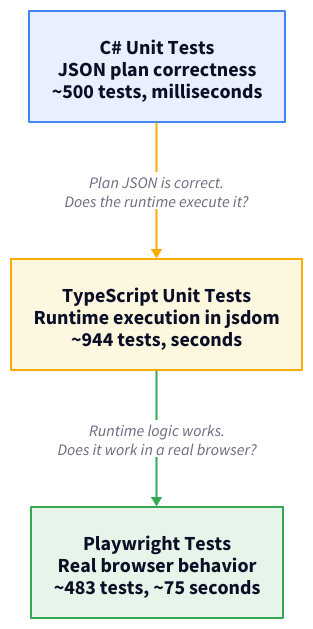
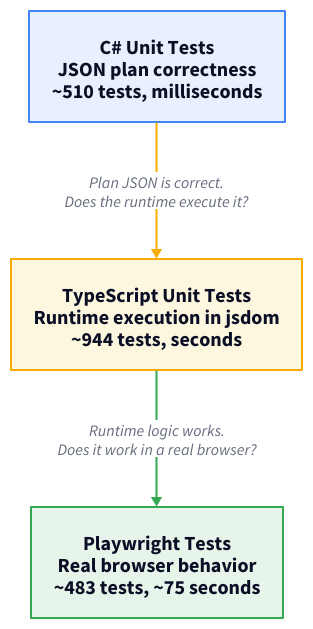
The diagram in docs-site/src/content/docs/testing/strategy.mdx (marafiq/alis-reactive), drawn with D2 before and after one commit. The commit also changed other lines of this file and 24 other files, not shown here.

````diff
--- a/docs-site/src/content/docs/testing/strategy.mdx
+++ b/docs-site/src/content/docs/testing/strategy.mdx
@@ -10,33 +10,33 @@
 ```d2
 direction: down
 
-layer1: "C# Unit Tests\nJSON plan correctness\n~500 tests, milliseconds" {
+layer1: "C# Unit Tests\nJSON plan correctness\n~510 tests, milliseconds" {
   shape: rectangle
   style.fill: "#e8f0fe"
   style.stroke: "#4285f4"
   style.font-size: 20
 }
 
 layer2: "TypeScript Unit Tests\nRuntime execution in jsdom\n~944 tests, seconds" {
   shape: rectangle
   style.fill: "#fef7e0"
   style.stroke: "#f9ab00"
   style.font-size: 20
 }
 
 layer3: "Playwright Tests\nReal browser behavior\n~483 tests, ~75 seconds" {
   shape: rectangle
   style.fill: "#e6f4ea"
   style.stroke: "#34a853"
   style.font-size: 20
 }
 
 layer1 -> layer2: "Plan JSON is correct.\nDoes the runtime execute it?" {
   style.font-size: 16
   style.stroke: "#f9ab00"
 }
 layer2 -> layer3: "Runtime logic works.\nDoes it work in a real browser?" {
   style.font-size: 16
   style.stroke: "#34a853"
 }
 ```
````
